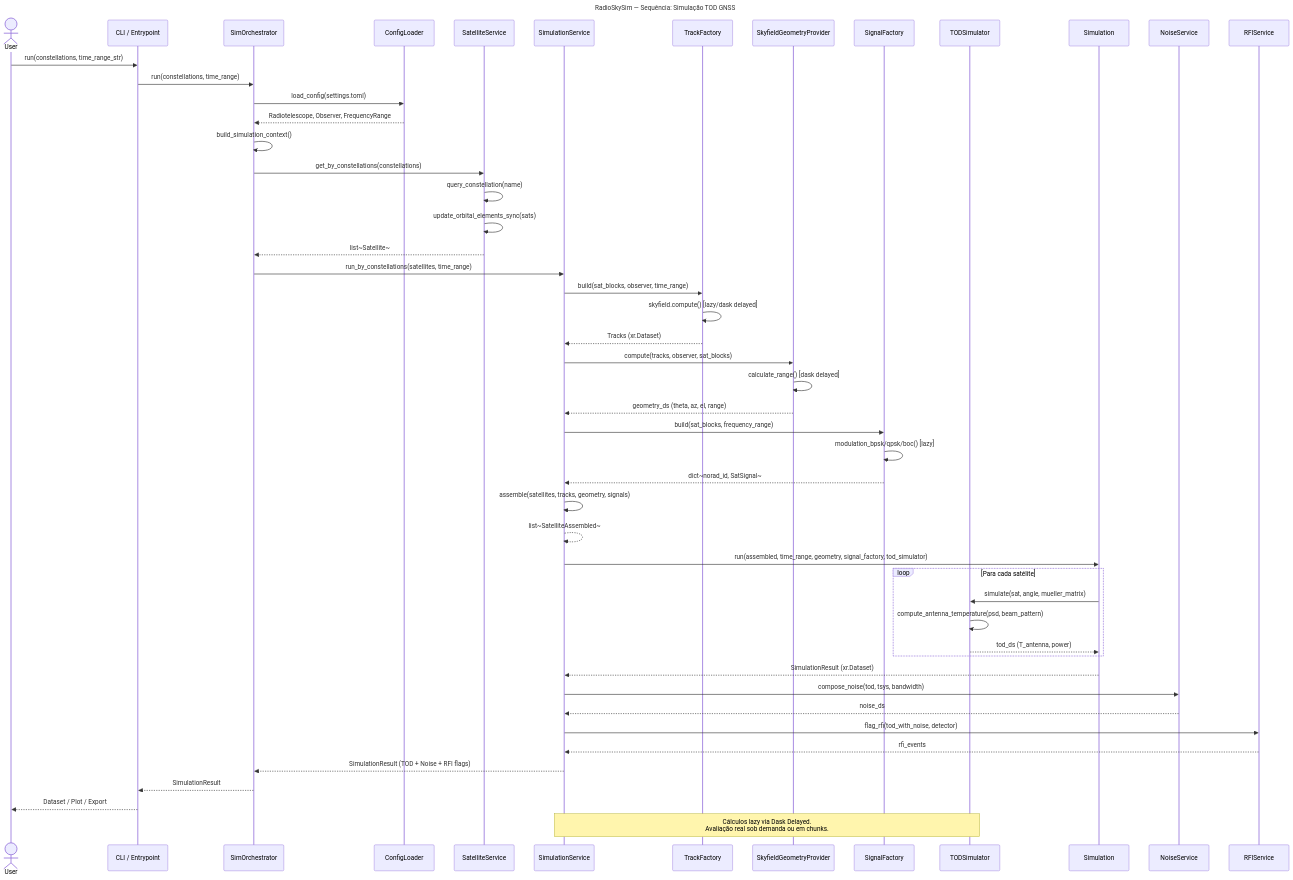
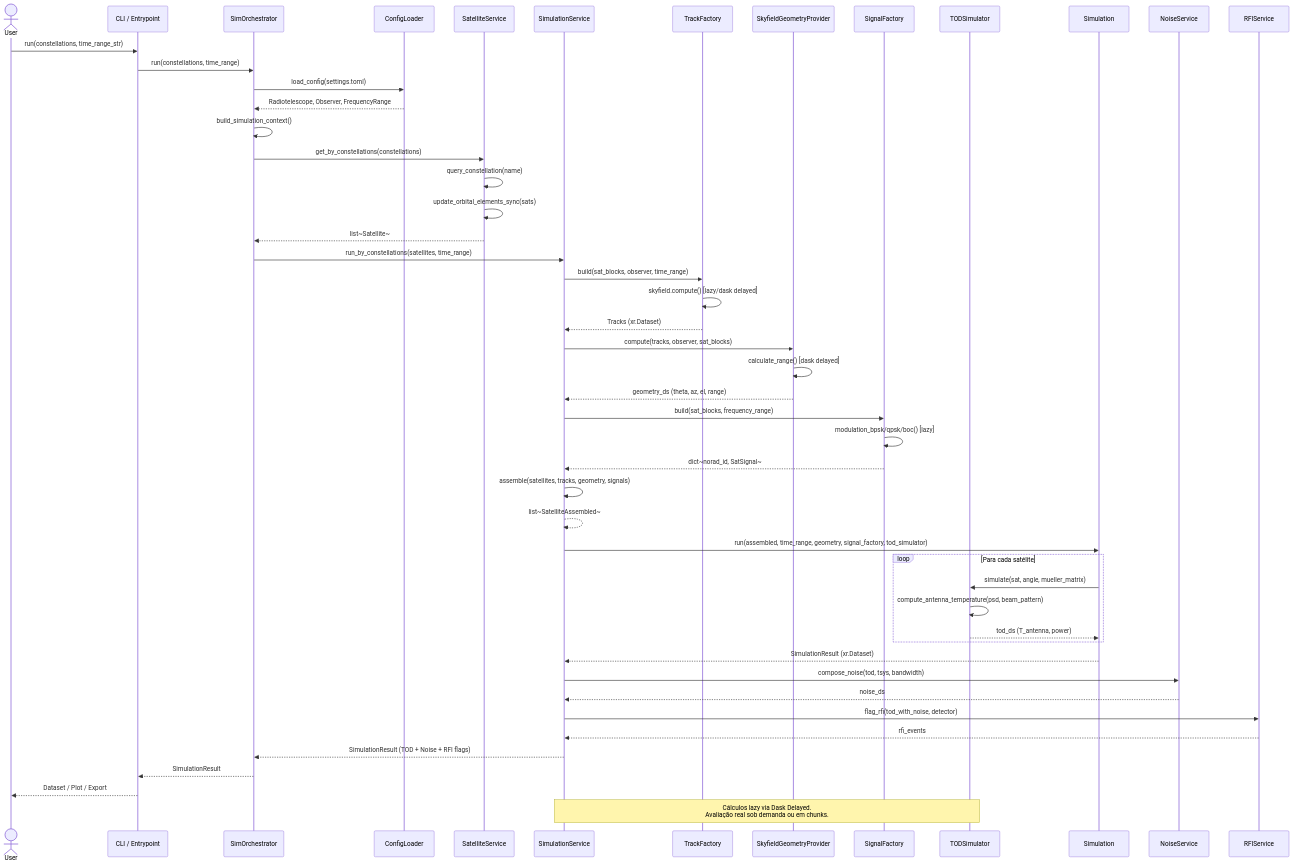
The diagram in docs/diagrams/uml_complete_sequence.mmd (barosil/RadioSkySimSuite), drawn with Mermaid before and after one commit. The commit also changed 15 other files, not shown here.

First line of the commit message:
docs(architecture): revisar e corrigir diagramas Mermaid

```diff
--- a/docs/diagrams/uml_complete_sequence.mmd
+++ b/docs/diagrams/uml_complete_sequence.mmd
@@ -1,75 +1,73 @@
----
-title: "RadioSkySim — Sequência: Simulação TOD GNSS"
----
+%% title: RadioSkySim — Sequência: Simulação TOD GNSS
 %% NOTA (2026-09-01): SimOrchestrator/SimulationService/TODSimulator agora
 %% vivem em radioskysims-simulation; SatelliteService em radioskysims-sources.
 sequenceDiagram
     actor User
     participant CLI as CLI / Entrypoint
     participant Orch as SimOrchestrator
     participant Cfg as ConfigLoader
     participant SatSvc as SatelliteService
     participant SimSvc as SimulationService
     participant TrackF as TrackFactory
     participant Geo as SkyfieldGeometryProvider
     participant SigF as SignalFactory
     participant TOD as TODSimulator
     participant Sim as Simulation
     participant NoiseSvc as NoiseService
     participant RFI as RFIService
 
     User->>CLI: run(constellations, time_range_str)
     CLI->>Orch: run(constellations, time_range)
 
     %% FASE 1: CONFIGURAÇÃO
     Orch->>Cfg: load_config(settings.toml)
     Cfg-->>Orch: Radiotelescope, Observer, FrequencyRange
     Orch->>Orch: build_simulation_context()
 
     %% FASE 2: OBTENÇÃO DE SATÉLITES
     Orch->>SatSvc: get_by_constellations(constellations)
     SatSvc->>SatSvc: query_constellation(name)
     SatSvc->>SatSvc: update_orbital_elements_sync(sats)
     SatSvc-->>Orch: list~Satellite~
 
     %% FASE 3: CRIAÇÃO DAS TRACKS
     Orch->>SimSvc: run_by_constellations(satellites, time_range)
     SimSvc->>TrackF: build(sat_blocks, observer, time_range)
     TrackF->>TrackF: skyfield.compute() [lazy/dask delayed]
     TrackF-->>SimSvc: Tracks (xr.Dataset)
 
     %% FASE 4: GEOMETRIA
     SimSvc->>Geo: compute(tracks, observer, sat_blocks)
     Geo->>Geo: calculate_range() [dask delayed]
     Geo-->>SimSvc: geometry_ds (theta, az, el, range)
 
     %% FASE 5: SINAIS
     SimSvc->>SigF: build(sat_blocks, frequency_range)
     SigF->>SigF: modulation_bpsk/qpsk/boc() [lazy]
     SigF-->>SimSvc: dict~norad_id, SatSignal~
 
     %% FASE 6: ASSEMBLY
     SimSvc->>SimSvc: assemble(satellites, tracks, geometry, signals)
     SimSvc-->>SimSvc: list~SatelliteAssembled~
 
     %% FASE 7: EXECUÇÃO DA SIMULAÇÃO
     SimSvc->>Sim: run(assembled, time_range, geometry, signal_factory, tod_simulator)
     loop Para cada satélite
         Sim->>TOD: simulate(sat, angle, mueller_matrix)
         TOD->>TOD: compute_antenna_temperature(psd, beam_pattern)
         TOD-->>Sim: tod_ds (T_antenna, power)
     end
     Sim-->>SimSvc: SimulationResult (xr.Dataset)
 
     %% FASE 8: RUÍDO E RFI
     SimSvc->>NoiseSvc: compose_noise(tod, tsys, bandwidth)
     NoiseSvc-->>SimSvc: noise_ds
     SimSvc->>RFI: flag_rfi(tod_with_noise, detector)
     RFI-->>SimSvc: rfi_events
 
     %% FASE 9: RESULTADO FINAL
     SimSvc-->>Orch: SimulationResult (TOD + Noise + RFI flags)
     Orch-->>CLI: SimulationResult
     CLI-->>User: Dataset / Plot / Export
 
     note over SimSvc, TOD: Cálculos lazy via Dask Delayed.<br/>Avaliação real sob demanda ou em chunks.
```
